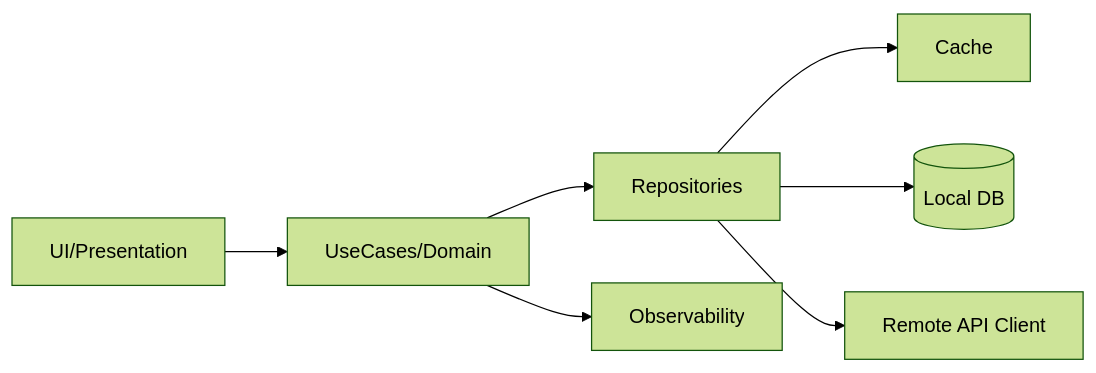
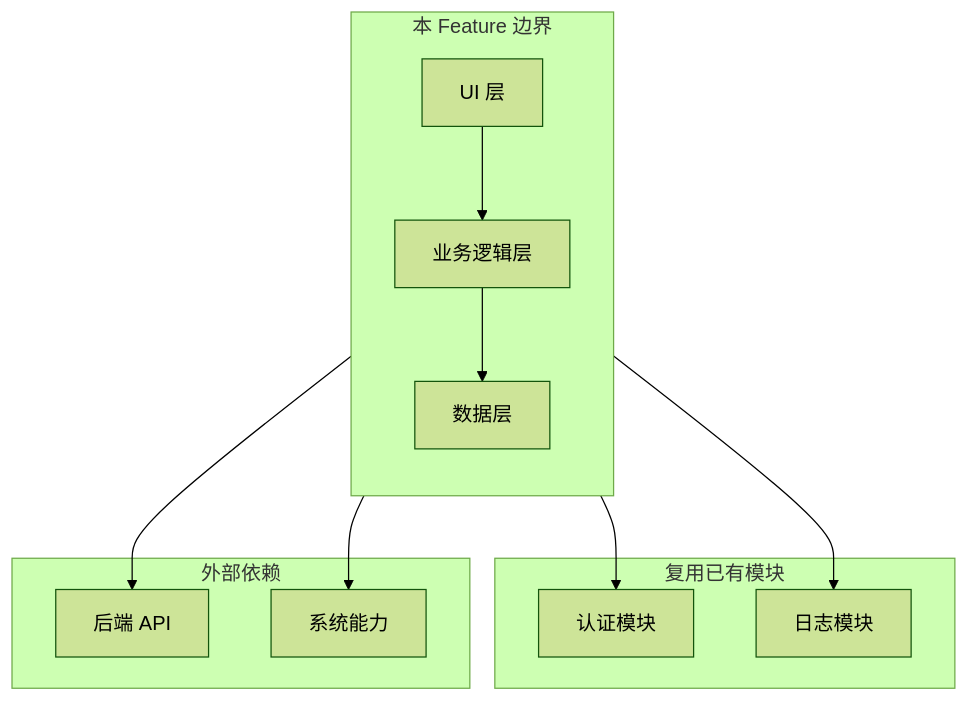
One commit to jackykarma/Verity changed the first of 13 diagrams in specs/main/plan.md. Above: the diagram before and after it, drawn with Mermaid (forest theme). The commit also changed other lines of this file and 1 other file, not shown here.

````diff
--- a/specs/main/plan.md
+++ b/specs/main/plan.md
@@ -109,10 +47,27 @@
 ```mermaid
-flowchart LR
-  %% TODO: 用真实模块名替换，体现内部模块边界与数据/控制流
-  UI[UI/Presentation] --> UseCase[UseCases/Domain]
-  UseCase --> Repo[Repositories]
-  Repo --> Cache[Cache]
-  Repo --> DB[(Local DB)]
-  Repo --> Remote[Remote API Client]
-  UseCase --> Obs[Observability]
+flowchart TB
+  %% TODO: 用真实名称替换
+  subgraph Feature["本 Feature 边界"]
+    direction TB
+    UI[UI 层]
+    Logic[业务逻辑层]
+    Data[数据层]
+  end
+  
+  subgraph Existing["复用已有模块"]
+    Auth[认证模块]
+    Logger[日志模块]
+  end
+  
+  subgraph External["外部依赖"]
+    API[后端 API]
+    OS[系统能力]
+  end
+  
+  UI --> Logic
+  Logic --> Data
+  Logic --> Auth
+  Logic --> Logger
+  Data --> API
+  Logic --> OS
 ```
````
